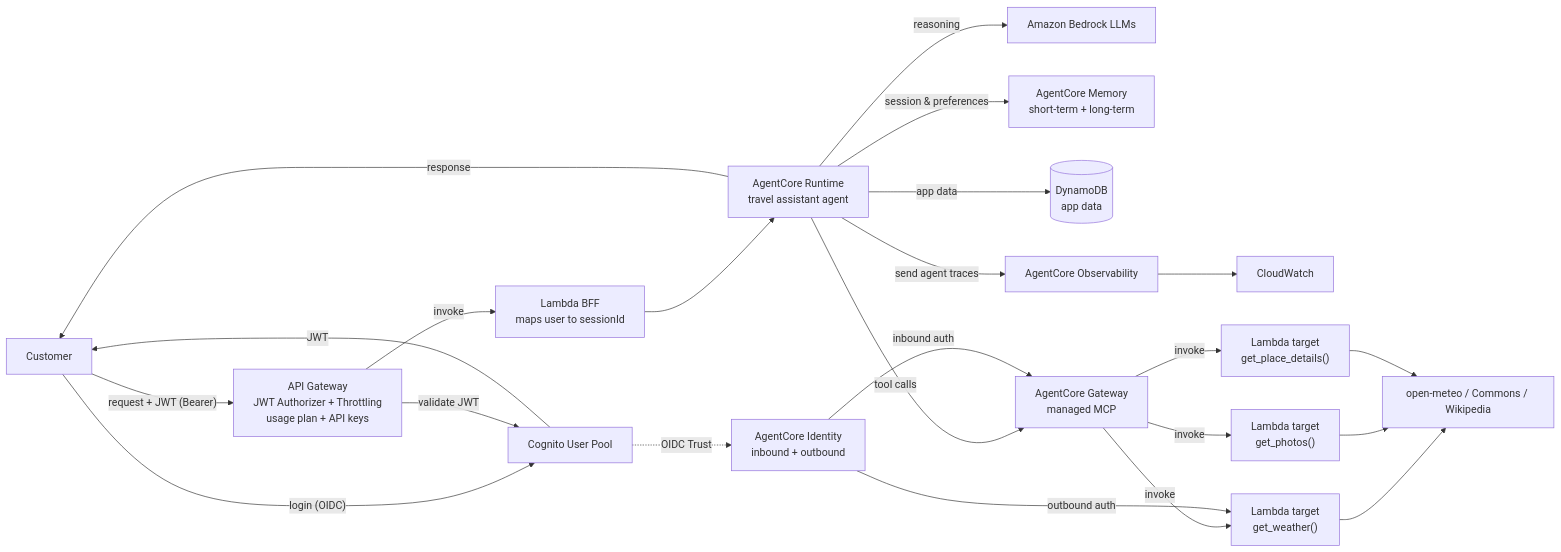
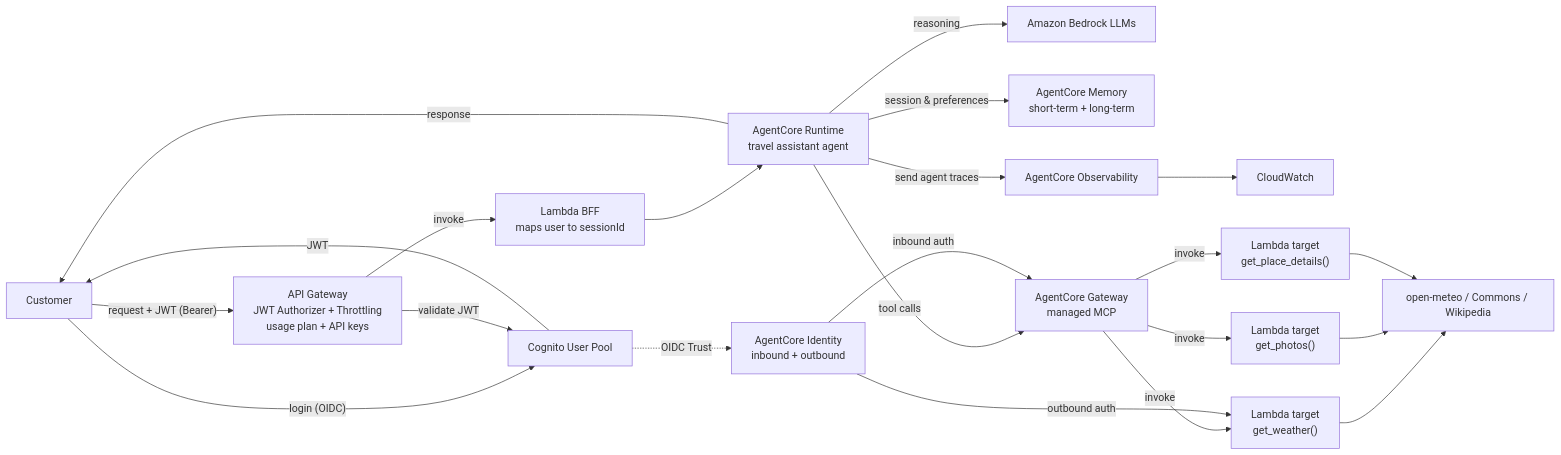
Before and after one commit to witenberg/ai-travel-assistant: the diagram in CLAUDE.md, drawn with Mermaid. The commit also changed other lines of this file and 3 other files, not shown here.

````diff
--- a/CLAUDE.md
+++ b/CLAUDE.md
@@ -32,41 +32,39 @@
 ```mermaid
 flowchart LR
     U[Customer]
     COG[Cognito User Pool]
     APIGW["API Gateway<br/>JWT Authorizer + Throttling<br/>usage plan + API keys"]
     BFF["Lambda BFF<br/>maps user to sessionId"]
     RT["AgentCore Runtime<br/>travel assistant agent"]
     LLM[Amazon Bedrock LLMs]
     MEM["AgentCore Memory<br/>short-term + long-term"]
-    DDB[(DynamoDB<br/>app data)]
     OBS[AgentCore Observability]
     CW[CloudWatch]
     IDN["AgentCore Identity<br/>inbound + outbound"]
     GW["AgentCore Gateway<br/>managed MCP"]
     T1["Lambda target<br/>get_weather()"]
     T2["Lambda target<br/>get_photos()"]
     T3["Lambda target<br/>get_place_details()"]
     EXT[open-meteo / Commons / Wikipedia]
 
     U -- "login (OIDC)" --> COG
     COG -- JWT --> U
     U -- "request + JWT (Bearer)" --> APIGW
     APIGW -- "validate JWT" --> COG
     APIGW -- invoke --> BFF
     BFF --> RT
     RT -- response --> U
 
     RT -- "reasoning" --> LLM
     RT -- "session & preferences" --> MEM
-    RT -- "app data" --> DDB
     RT -- "send agent traces" --> OBS --> CW
 
     RT -- "tool calls" --> GW
     GW -- invoke --> T1 --> EXT
     GW -- invoke --> T2 --> EXT
     GW -- invoke --> T3 --> EXT
 
     COG -. "OIDC Trust" .-> IDN
     IDN -- "inbound auth" --> GW
     IDN -- "outbound auth" --> T1
 ```
````
